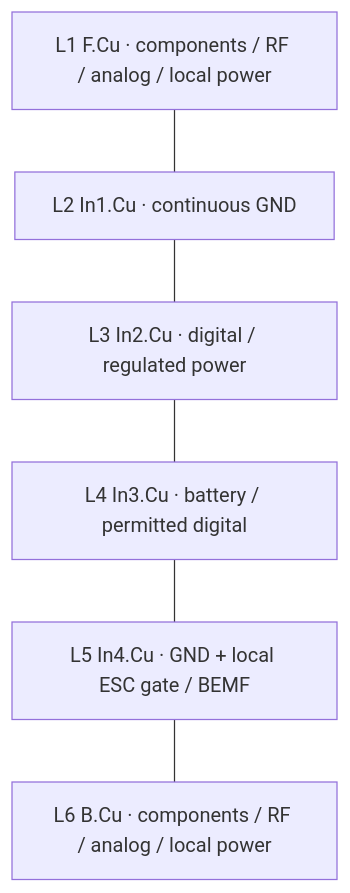
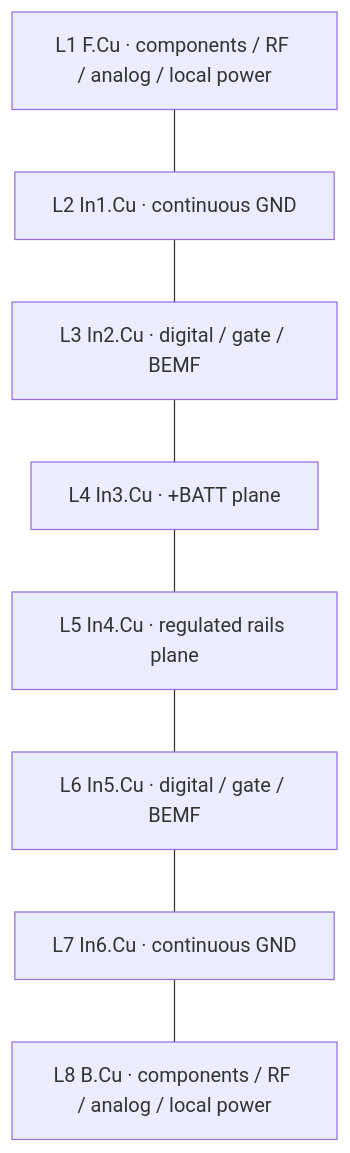
Before and after one commit to OpenDrone-hw/OpenAIO-Whoop: the diagram in research/ROUTING.md, drawn with Mermaid. The commit also changed other lines of this file and 6 other files, not shown here.

````diff
--- a/research/ROUTING.md
+++ b/research/ROUTING.md
@@ -46,10 +48,12 @@
 ```mermaid
 flowchart TB
   L1["L1 F.Cu · components / RF / analog / local power"]
   L2["L2 In1.Cu · continuous GND"]
-  L3["L3 In2.Cu · digital / regulated power"]
-  L4["L4 In3.Cu · battery / permitted digital"]
-  L5["L5 In4.Cu · GND + local ESC gate / BEMF"]
-  L6["L6 B.Cu · components / RF / analog / local power"]
-  L1 --- L2 --- L3 --- L4 --- L5 --- L6
+  L3["L3 In2.Cu · digital / gate / BEMF"]
+  L4["L4 In3.Cu · +BATT plane"]
+  L5["L5 In4.Cu · regulated rails plane"]
+  L6["L6 In5.Cu · digital / gate / BEMF"]
+  L7["L7 In6.Cu · continuous GND"]
+  L8["L8 B.Cu · components / RF / analog / local power"]
+  L1 --- L2 --- L3 --- L4 --- L5 --- L6 --- L7 --- L8
 ```
````
